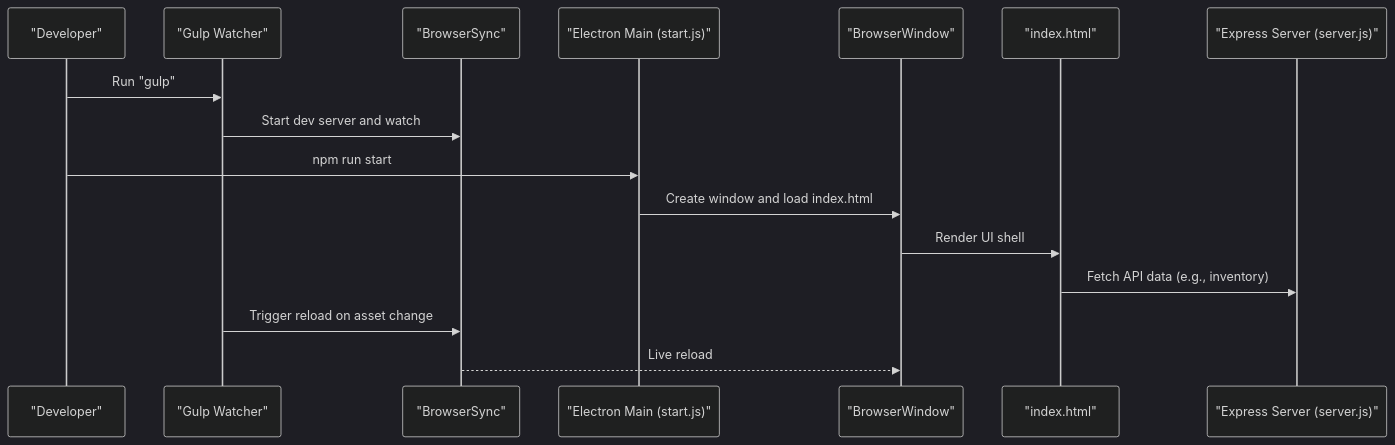
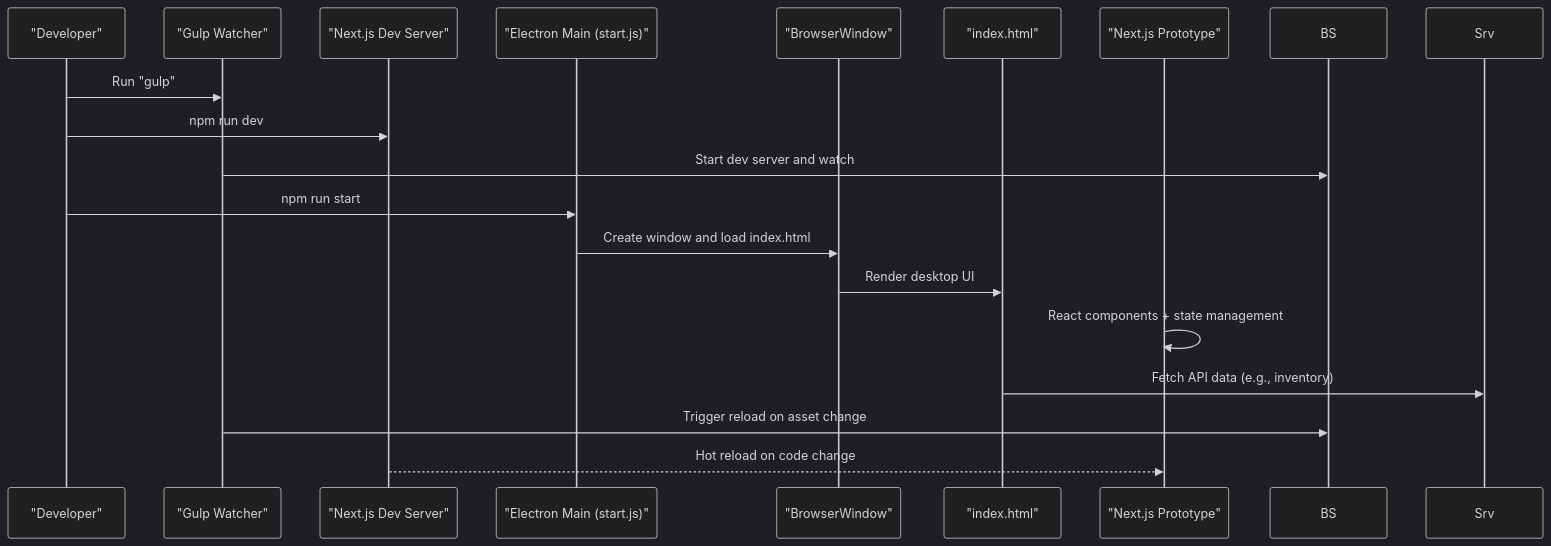
One commit to yosefdc7/PharmaPOS changed the second of 9 diagrams in .qoder/repowiki/en/content/Development Guide/Development Guide.md. Above: the diagram before and after it, drawn with Mermaid (dark theme). The commit also changed other lines of this file and 28 other files, not shown here.

````diff
--- a/.qoder/repowiki/en/content/Development Guide/Development Guide.md
+++ b/.qoder/repowiki/en/content/Development Guide/Development Guide.md
@@ -96,18 +139,20 @@
 ```mermaid
 sequenceDiagram
 participant Dev as "Developer"
 participant Gulp as "Gulp Watcher"
-participant BS as "BrowserSync"
+participant Next as "Next.js Dev Server"
 participant Main as "Electron Main (start.js)"
 participant Win as "BrowserWindow"
 participant UI as "index.html"
-participant Srv as "Express Server (server.js)"
+participant Proto as "Next.js Prototype"
 Dev->>Gulp : Run "gulp"
+Dev->>Next : npm run dev
 Gulp->>BS : Start dev server and watch
 Dev->>Main : npm run start
 Main->>Win : Create window and load index.html
-Win->>UI : Render UI shell
+Win->>UI : Render desktop UI
+Proto->>Proto : React components + state management
 UI->>Srv : Fetch API data (e.g., inventory)
 Gulp->>BS : Trigger reload on asset change
-BS-->>Win : Live reload
+Next-->>Proto : Hot reload on code change
 ```
````
